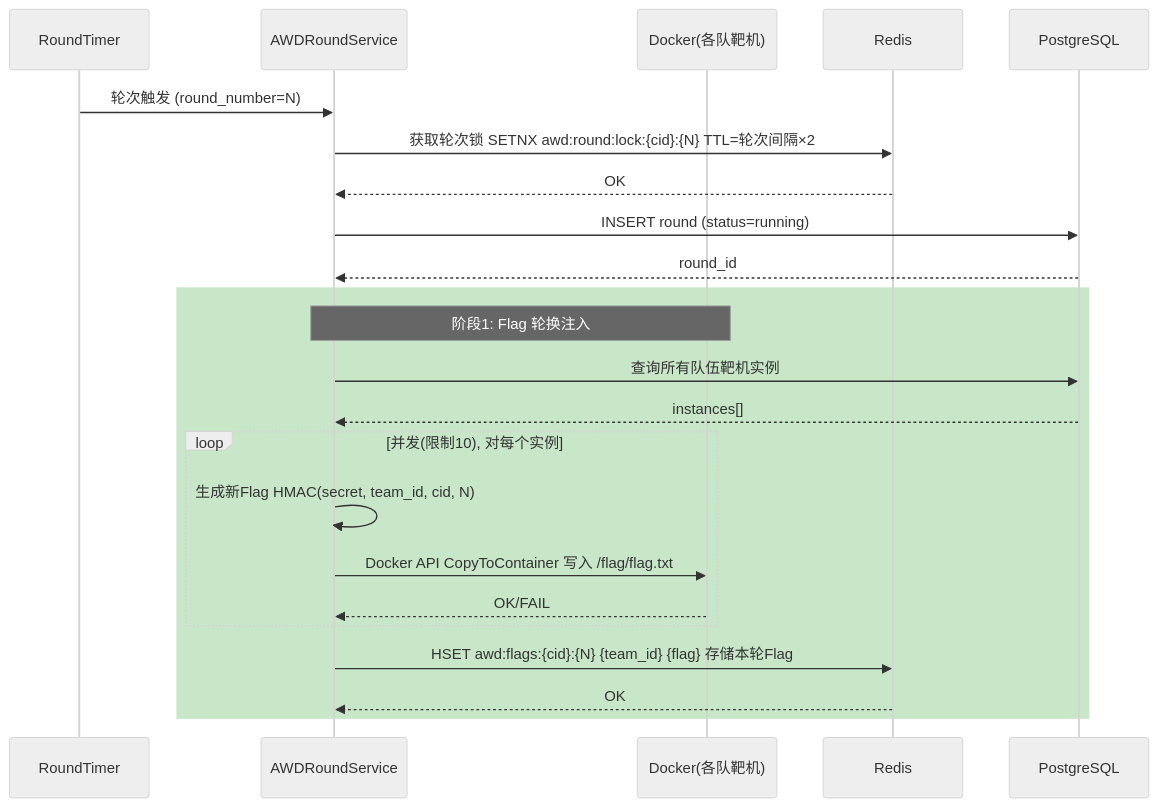
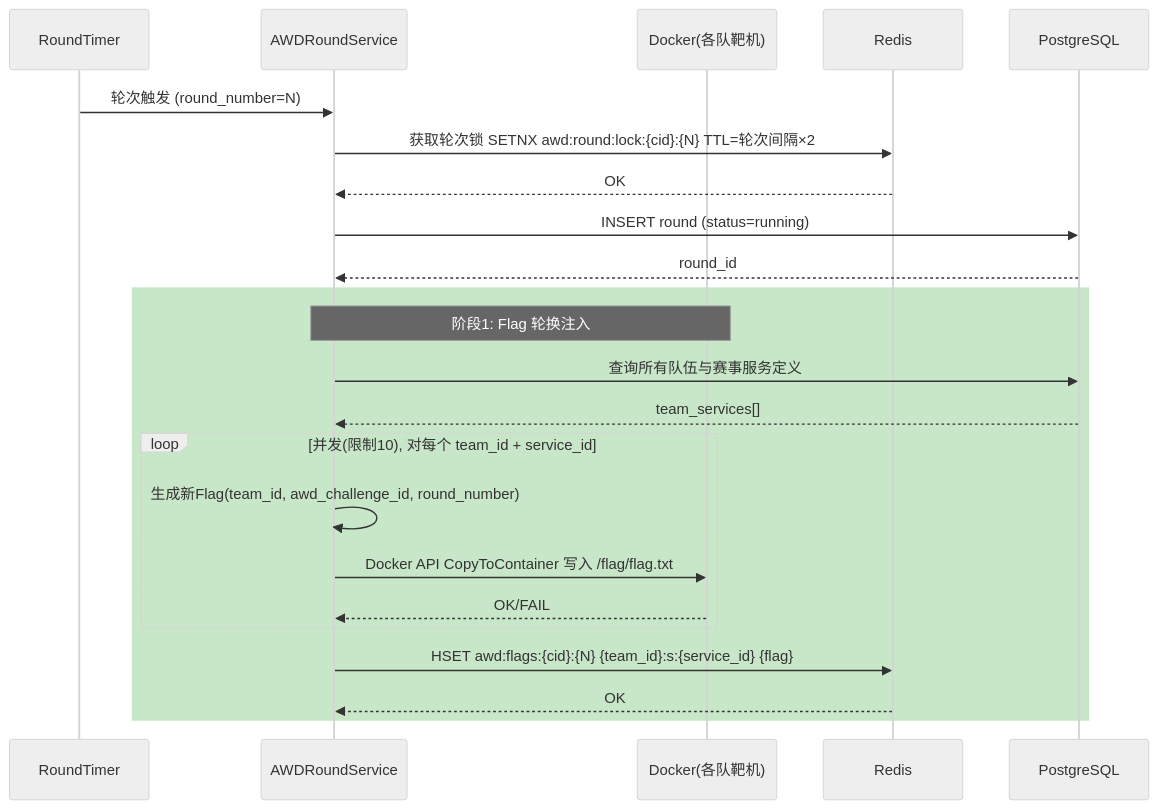
Before and after one commit to architectcgz/ctf: diagram 12 of 18 in docs/architecture/backend/05-key-flows.md, drawn with Mermaid (neutral theme). The commit also changed other lines of this file and 397 other files, not shown here.

````diff
--- a/docs/architecture/backend/05-key-flows.md
+++ b/docs/architecture/backend/05-key-flows.md
@@ -755,31 +756,31 @@
 ```mermaid
 sequenceDiagram
     participant RT as RoundTimer
     participant AWD as AWDRoundService
     participant Docker as Docker(各队靶机)
     participant Redis
     participant PG as PostgreSQL
 
     RT->>AWD: 轮次触发 (round_number=N)
 
     AWD->>Redis: 获取轮次锁 SETNX awd:round:lock:{cid}:{N} TTL=轮次间隔×2
     Redis-->>AWD: OK
 
     AWD->>PG: INSERT round (status=running)
     PG-->>AWD: round_id
 
     rect rgb(200, 230, 200)
         Note over AWD, Docker: 阶段1: Flag 轮换注入
-        AWD->>PG: 查询所有队伍靶机实例
-        PG-->>AWD: instances[]
+        AWD->>PG: 查询所有队伍与赛事服务定义
+        PG-->>AWD: team_services[]
 
-        loop 并发(限制10), 对每个实例
-            AWD->>AWD: 生成新Flag HMAC(secret, team_id, cid, N)
+        loop 并发(限制10), 对每个 team_id + service_id
+            AWD->>AWD: 生成新Flag(team_id, awd_challenge_id, round_number)
             AWD->>Docker: Docker API CopyToContainer 写入 /flag/flag.txt
             Docker-->>AWD: OK/FAIL
         end
 
-        AWD->>Redis: HSET awd:flags:{cid}:{N} {team_id} {flag} 存储本轮Flag
+        AWD->>Redis: HSET awd:flags:{cid}:{N} {team_id}:s:{service_id} {flag}
         Redis-->>AWD: OK
     end
 ```
````
